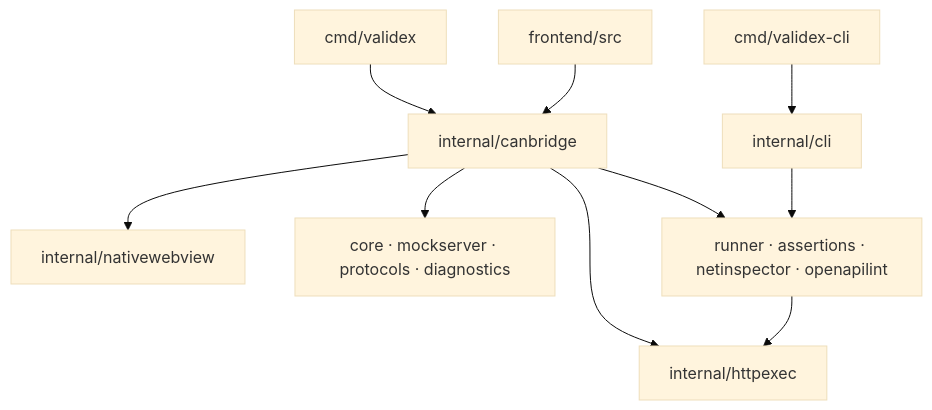
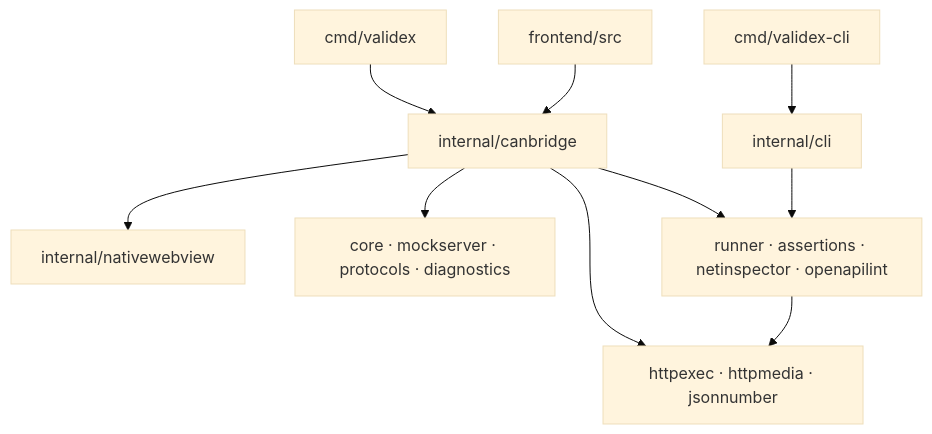
The second of 3 diagrams in architect.md (TunahanCan/lazy-test), drawn with Mermaid (base theme) before and after one commit. The commit also changed other lines of this file and 76 other files, not shown here.

Commit message:
feat: improve request workflows and extensible architecture

````diff
--- a/architect.md
+++ b/architect.md
@@ -231,22 +238,22 @@
 ```mermaid
 flowchart TD
     DesktopRoot["cmd/validex"]
     CLIRoot["cmd/validex-cli"]
     Frontend["frontend/src"]
     Canbridge["internal/canbridge"]
     CLIAdapter["internal/cli"]
     Native["internal/nativewebview"]
-    HTTPExec["internal/httpexec"]
+    HTTPPolicy["httpexec · httpmedia · jsonnumber"]
     Core["core · mockserver · protocols · diagnostics"]
     Automation["runner · assertions · netinspector · openapilint"]
 
     DesktopRoot --> Canbridge
     Frontend --> Canbridge
     Canbridge --> Native
     Canbridge --> Core
     Canbridge --> Automation
-    Canbridge --> HTTPExec
-    Automation --> HTTPExec
+    Canbridge --> HTTPPolicy
+    Automation --> HTTPPolicy
     CLIRoot --> CLIAdapter
     CLIAdapter --> Automation
 ```
````
